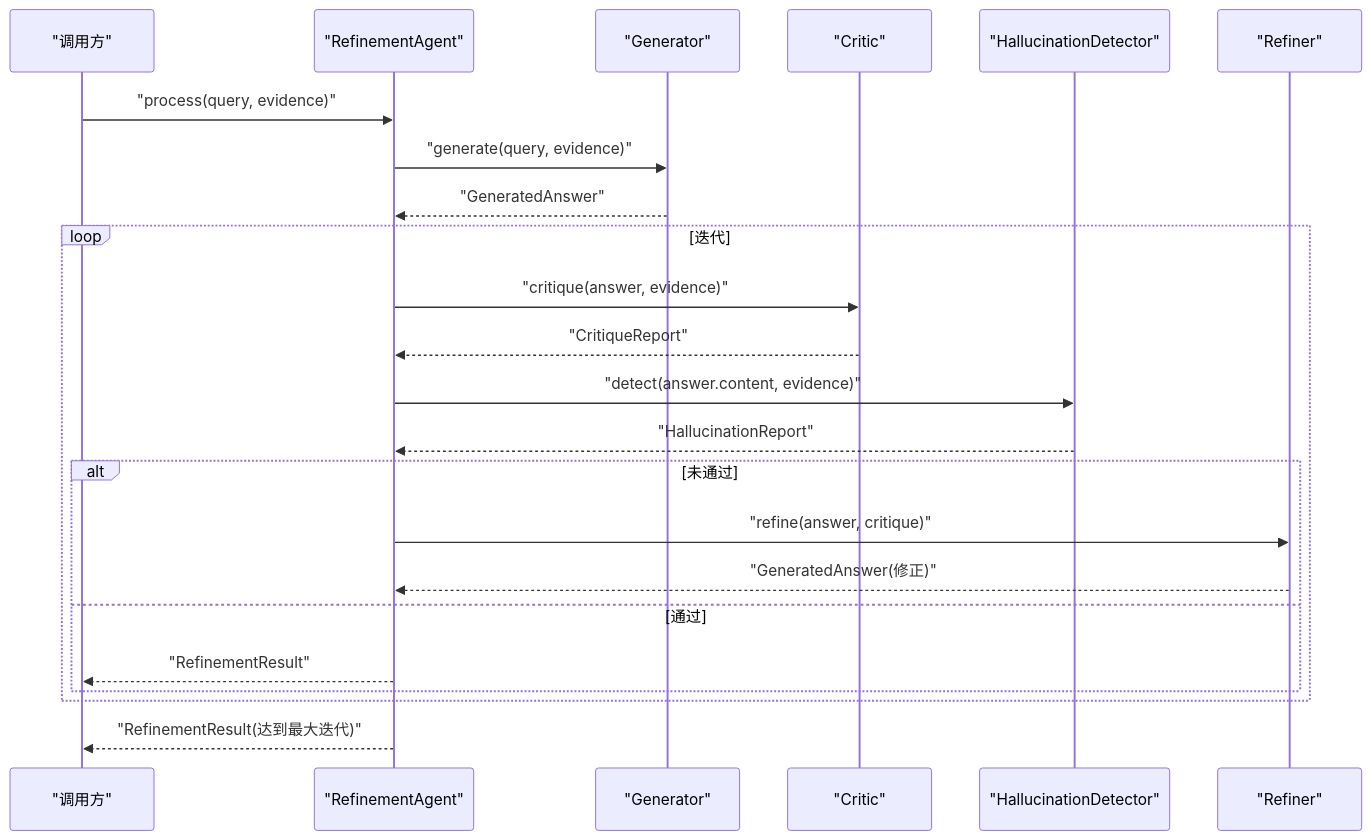
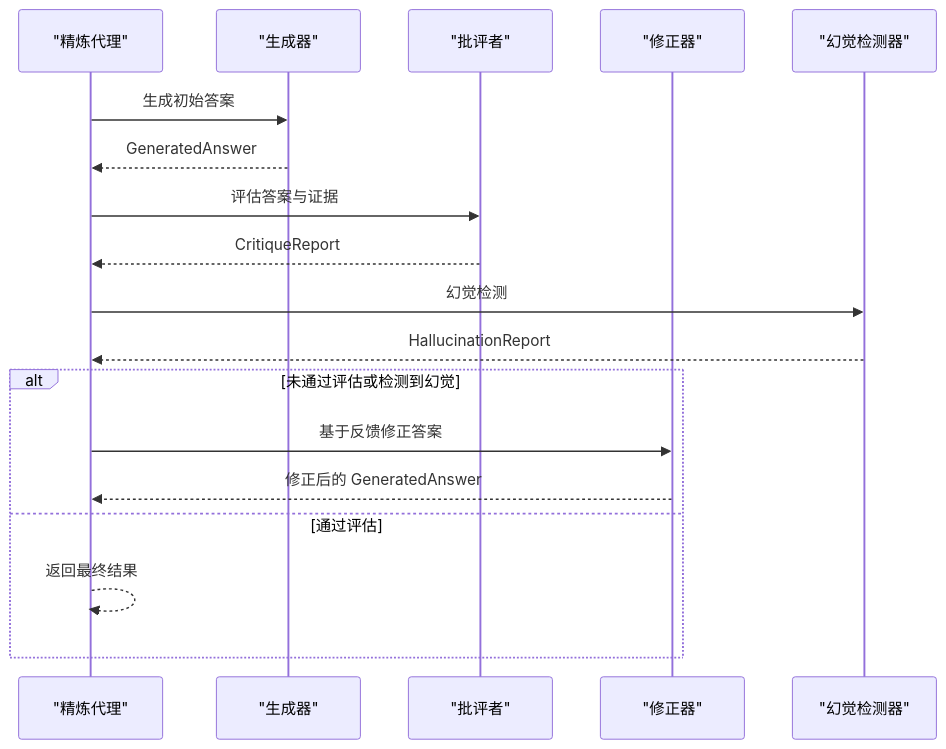
One commit to JieGaoPrinceton/NecoRAG changed the second of 6 diagrams in .qoder/repowiki/zh/content/巩固层模块/批评者组件.md. Above: the diagram before and after it, drawn with Mermaid. The commit also changed other lines of this file and 181 other files, not shown here.

````diff
--- a/.qoder/repowiki/zh/content/巩固层模块/批评者组件.md
+++ b/.qoder/repowiki/zh/content/巩固层模块/批评者组件.md
@@ -99,25 +95,20 @@
 ```mermaid
 sequenceDiagram
-participant U as "调用方"
-participant RA as "RefinementAgent"
-participant G as "Generator"
-participant C as "Critic"
-participant HD as "HallucinationDetector"
-participant R as "Refiner"
-U->>RA : "process(query, evidence)"
-RA->>G : "generate(query, evidence)"
-G-->>RA : "GeneratedAnswer"
-loop 迭代
-RA->>C : "critique(answer, evidence)"
-C-->>RA : "CritiqueReport"
-RA->>HD : "detect(answer.content, evidence)"
-HD-->>RA : "HallucinationReport"
-alt 未通过
-RA->>R : "refine(answer, critique)"
-R-->>RA : "GeneratedAnswer(修正)"
-else 通过
-RA-->>U : "RefinementResult"
+participant Agent as "精炼代理"
+participant Gen as "生成器"
+participant Critic as "批评者"
+participant Ref as "修正器"
+participant Hallu as "幻觉检测器"
+Agent->>Gen : 生成初始答案
+Gen-->>Agent : GeneratedAnswer
+Agent->>Critic : 评估答案与证据
+Critic-->>Agent : CritiqueReport
+Agent->>Hallu : 幻觉检测
+Hallu-->>Agent : HallucinationReport
+alt 未通过评估或检测到幻觉
+Agent->>Ref : 基于反馈修正答案
+Ref-->>Agent : 修正后的 GeneratedAnswer
+else 通过评估
+Agent-->>Agent : 返回最终结果
 end
-end
-RA-->>U : "RefinementResult(达到最大迭代)"
 ```
````
